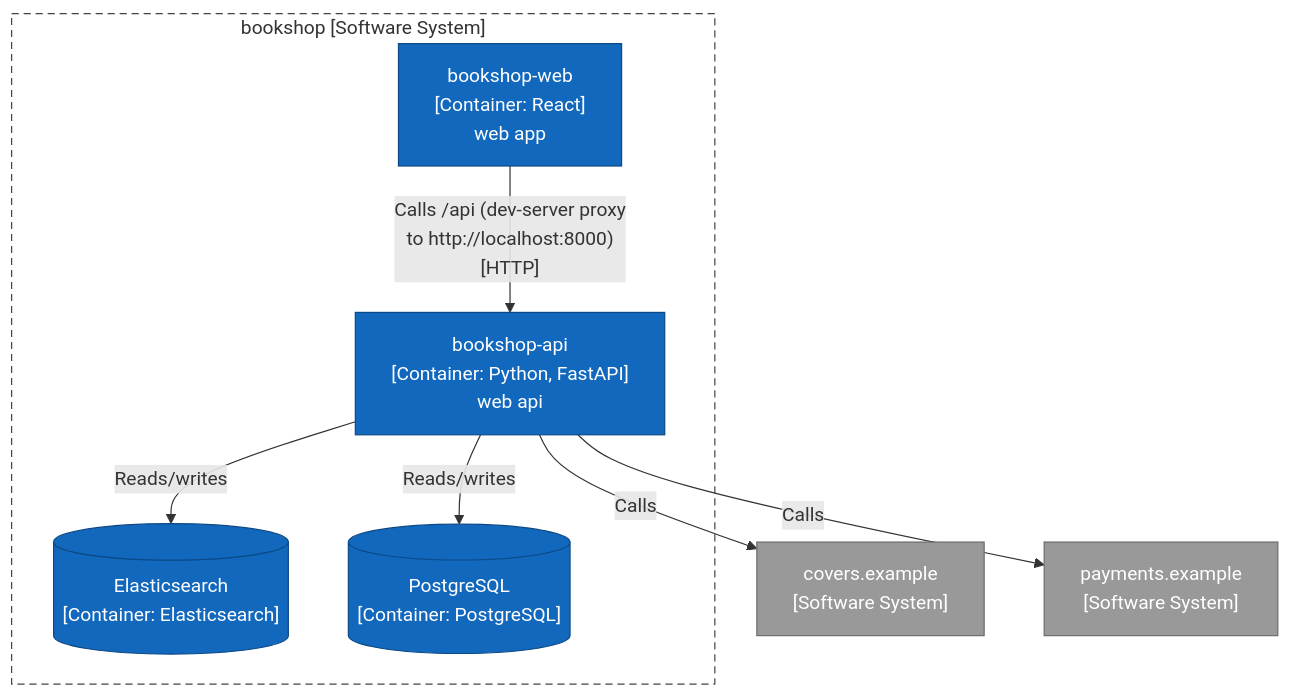
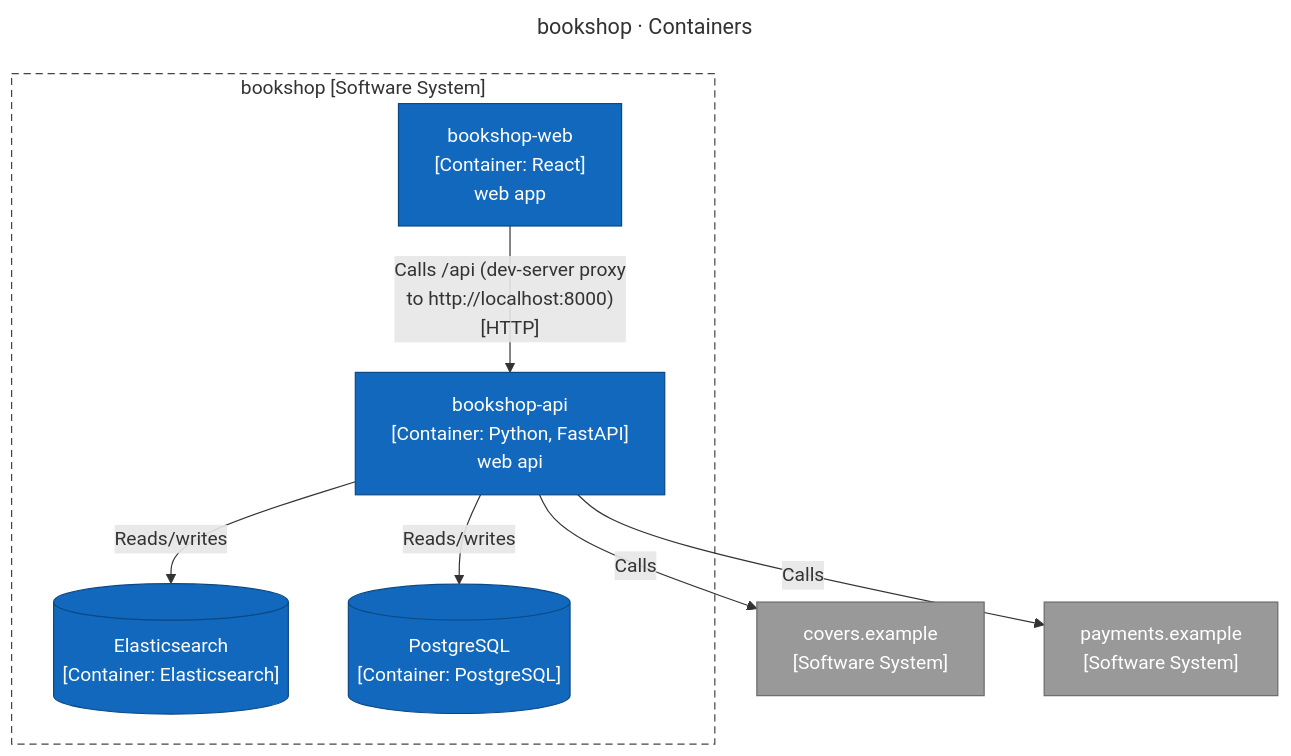
Before and after one commit to ythalorossy/architecture-skills: the first of 5 diagrams in tests/golden/bookshop/output/ArchitectureReport.md, drawn with Mermaid. The commit also changed other lines of this file and 56 other files, not shown here.

First line of the commit message:
feat(c4): title every diagram and add one Key to the report

````diff
--- a/tests/golden/bookshop/output/ArchitectureReport.md
+++ b/tests/golden/bookshop/output/ArchitectureReport.md
@@ -29,25 +42,28 @@
 ```mermaid
+---
+title: "bookshop · Containers"
+---
 flowchart TB
     subgraph boundary["bookshop [Software System]"]
         bookshop_api["bookshop-api<br/>[Container: Python, FastAPI]<br/>web api"]
         bookshop_web["bookshop-web<br/>[Container: React]<br/>web app"]
         db_elasticsearch[("Elasticsearch<br/>[Container: Elasticsearch]")]
         db_postgresql[("PostgreSQL<br/>[Container: PostgreSQL]")]
     end
     ext_covers_example["covers.example<br/>[Software System]"]
     ext_payments_example["payments.example<br/>[Software System]"]
     bookshop_api -->|"Reads/writes"| db_postgresql
     bookshop_web -->|"Calls /api (dev-server proxy<br/>to http://localhost:8000)<br/>[HTTP]"| bookshop_api
     bookshop_api -->|"Reads/writes"| db_elasticsearch
     bookshop_api -->|"Calls"| ext_covers_example
     bookshop_api -->|"Calls"| ext_payments_example
     classDef person fill:#08427b,stroke:#052e56,color:#ffffff
     classDef container fill:#1168bd,stroke:#0b4884,color:#ffffff
     classDef system fill:#1168bd,stroke:#0b4884,color:#ffffff
     classDef component fill:#85bbf0,stroke:#5d82a8,color:#000000
     classDef external fill:#999999,stroke:#6b6b6b,color:#ffffff
     classDef shared fill:#dbe9f6,stroke:#5d82a8,color:#000000,stroke-dasharray:4 3
     class bookshop_api,bookshop_web,db_elasticsearch,db_postgresql container
     class ext_covers_example,ext_payments_example external
     style boundary fill:none,stroke:#444444,stroke-dasharray:6 4
 ```
````
